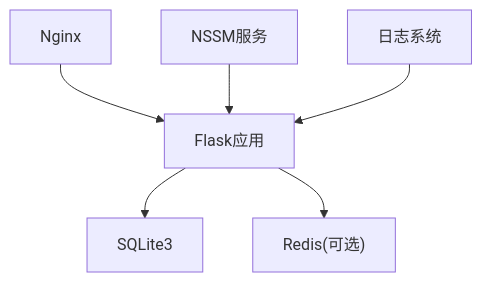
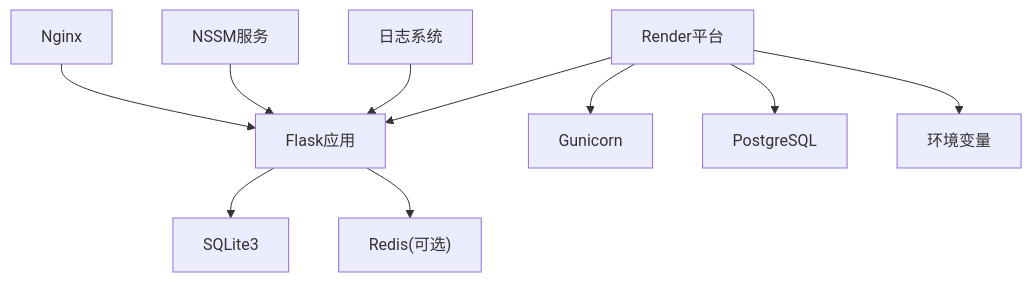
One commit to wyg5208/website_diy changed the seventh of 7 diagrams in .qoder/repowiki/zh/content/部署配置/Flask应用部署.md. Above: the diagram before and after it, drawn with Mermaid. The commit also changed other lines of this file and 17 other files, not shown here.

````diff
--- a/.qoder/repowiki/zh/content/部署配置/Flask应用部署.md
+++ b/.qoder/repowiki/zh/content/部署配置/Flask应用部署.md
@@ -190,8 +255,12 @@
 ```mermaid
 graph TB
 Flask["Flask应用"] --> SQLite["SQLite3"]
 Flask --> Redis["Redis(可选)"]
 Nginx["Nginx"] --> Flask
 NSSM["NSSM服务"] --> Flask
 Logs["日志系统"] --> Flask
+Render["Render平台"] --> Flask
+Render --> Gunicorn["Gunicorn"]
+Render --> Database["PostgreSQL"]
+Render --> Env["环境变量"]
 ```
````
